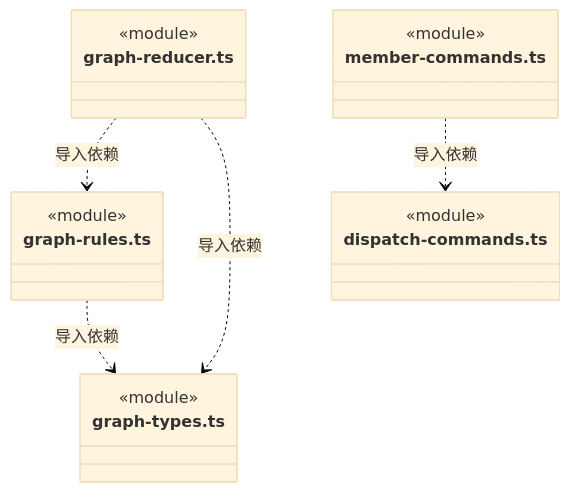
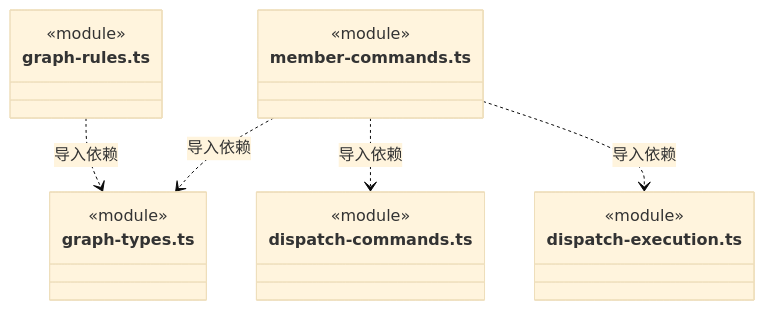
Before and after one commit to nan023062/cbim: diagram 45 of 50 in src/backend/core/tasks/ARCHITECTURE.md, drawn with Mermaid (base theme). The commit also changed other lines of this file and 65 other files, not shown here.

````diff
--- a/src/backend/core/tasks/ARCHITECTURE.md
+++ b/src/backend/core/tasks/ARCHITECTURE.md
@@ -1076,22 +1150,22 @@
 ```mermaid
 classDiagram
-class N_src_backend_core_tasks_graph_reducer_ts["graph-reducer.ts"] {
-  <<module>>
-}
 class N_src_backend_core_tasks_graph_rules_ts["graph-rules.ts"] {
   <<module>>
 }
 class N_src_backend_core_tasks_graph_types_ts["graph-types.ts"] {
   <<module>>
 }
 class N_src_backend_core_tasks_member_commands_ts["member-commands.ts"] {
   <<module>>
 }
 class N_src_backend_core_tasks_dispatch_commands_ts["dispatch-commands.ts"] {
   <<module>>
 }
-N_src_backend_core_tasks_graph_reducer_ts ..> N_src_backend_core_tasks_graph_rules_ts : 导入依赖
-N_src_backend_core_tasks_graph_reducer_ts ..> N_src_backend_core_tasks_graph_types_ts : 导入依赖
+class N_src_backend_core_tasks_dispatch_execution_ts["dispatch-execution.ts"] {
+  <<module>>
+}
 N_src_backend_core_tasks_graph_rules_ts ..> N_src_backend_core_tasks_graph_types_ts : 导入依赖
 N_src_backend_core_tasks_member_commands_ts ..> N_src_backend_core_tasks_dispatch_commands_ts : 导入依赖
+N_src_backend_core_tasks_member_commands_ts ..> N_src_backend_core_tasks_graph_types_ts : 导入依赖
+N_src_backend_core_tasks_member_commands_ts ..> N_src_backend_core_tasks_dispatch_execution_ts : 导入依赖
 ```
````
